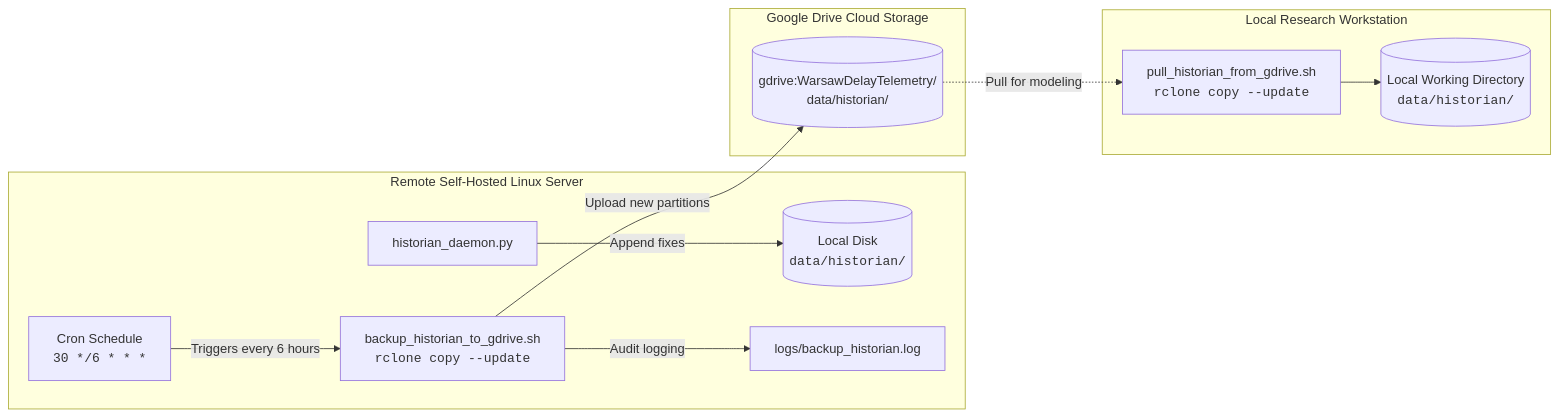
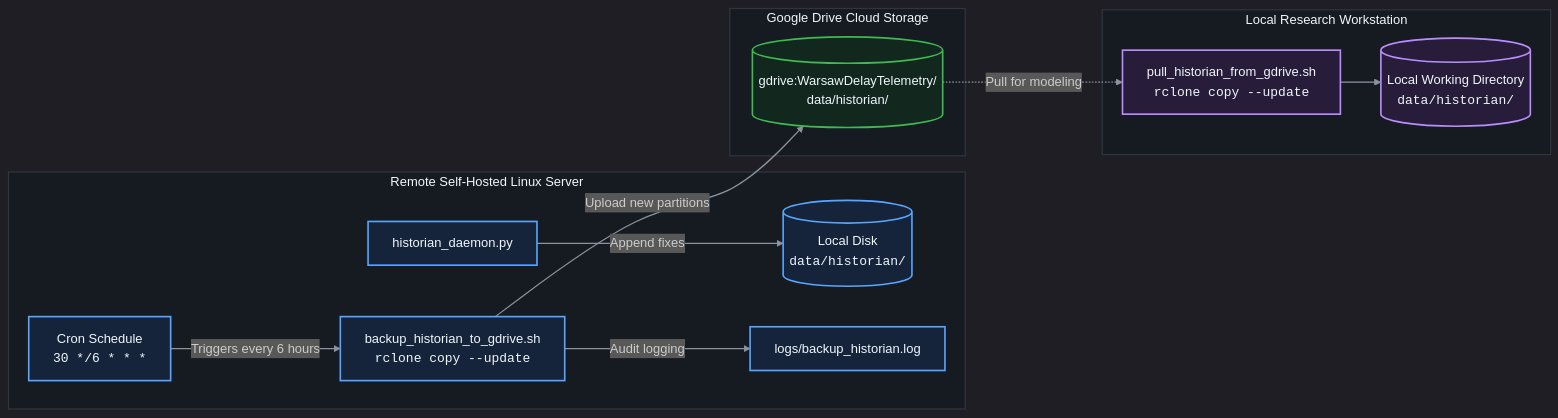
One commit to giangh14cqt/warsaw-public-transport-monitor changed the third of 3 diagrams in architect/historian_pipeline/synchronization_protocol.md. Above: the diagram before and after it, drawn with Mermaid. The commit also changed other lines of this file and 9 other files, not shown here.

First line of the commit message:
style(architect): optimize all Mermaid diagrams for GitHub dark theme readability

````diff
--- a/architect/historian_pipeline/synchronization_protocol.md
+++ b/architect/historian_pipeline/synchronization_protocol.md
@@ -72,26 +119,52 @@
 ```mermaid
+%%{init: {
+  'theme': 'dark',
+  'themeVariables': {
+    'darkMode': true,
+    'background': '#0d1117',
+    'mainBkg': '#161b22',
+    'clusterBkg': '#161b22',
+    'clusterBorder': '#30363d',
+    'primaryTextColor': '#f0f6fc'
+  }
+}}%%
 flowchart LR
     subgraph HostServer ["Remote Self-Hosted Linux Server"]
         Daemon["historian_daemon.py"]
         LocalData[("Local Disk<br/><code>data/historian/</code>")]
         CronJob["Cron Schedule<br/><code>30 */6 * * *</code>"]
         BackupScript["backup_historian_to_gdrive.sh<br/><code>rclone copy --update</code>"]
         LogFile["logs/backup_historian.log"]
     end
 
     subgraph GoogleDrive ["Google Drive Cloud Storage"]
         RemoteData[("gdrive:WarsawDelayTelemetry/<br/>data/historian/")]
     end
 
     subgraph Workstation ["Local Research Workstation"]
         PullScript["pull_historian_from_gdrive.sh<br/><code>rclone copy --update</code>"]
         LocalResearch[("Local Working Directory<br/><code>data/historian/</code>")]
     end
 
     Daemon -->|Append fixes| LocalData
     CronJob -->|Triggers every 6 hours| BackupScript
     BackupScript -->|Audit logging| LogFile
     BackupScript -->|Upload new partitions| RemoteData
     RemoteData -.->|Pull for modeling| PullScript
     PullScript --> LocalResearch
+
+    %% Subgraph & Node Styling
+    style HostServer fill:#161b22,stroke:#30363d,stroke-width:1.5px,color:#f0f6fc
+    style GoogleDrive fill:#161b22,stroke:#30363d,stroke-width:1.5px,color:#f0f6fc
+    style Workstation fill:#161b22,stroke:#30363d,stroke-width:1.5px,color:#f0f6fc
+
+    classDef hostNode fill:#16243b,stroke:#58a6ff,stroke-width:2px,color:#f0f6fc;
+    classDef cloudNode fill:#12281e,stroke:#3fb950,stroke-width:2px,color:#f0f6fc;
+    classDef workNode fill:#271d3b,stroke:#bc8cff,stroke-width:2px,color:#f0f6fc;
+
+    linkStyle default stroke:#8b949e,stroke-width:1.5px;
+
+    class Daemon,LocalData,CronJob,BackupScript,LogFile hostNode;
+    class RemoteData cloudNode;
+    class PullScript,LocalResearch workNode;
 ```
````
